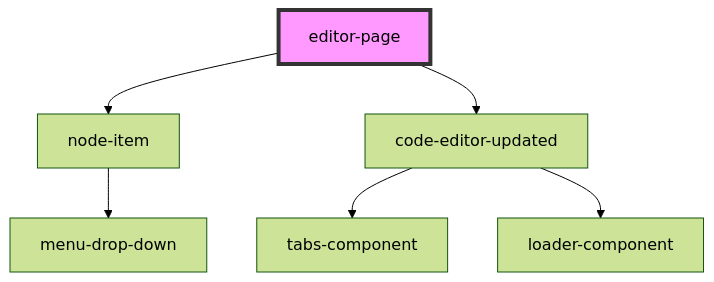
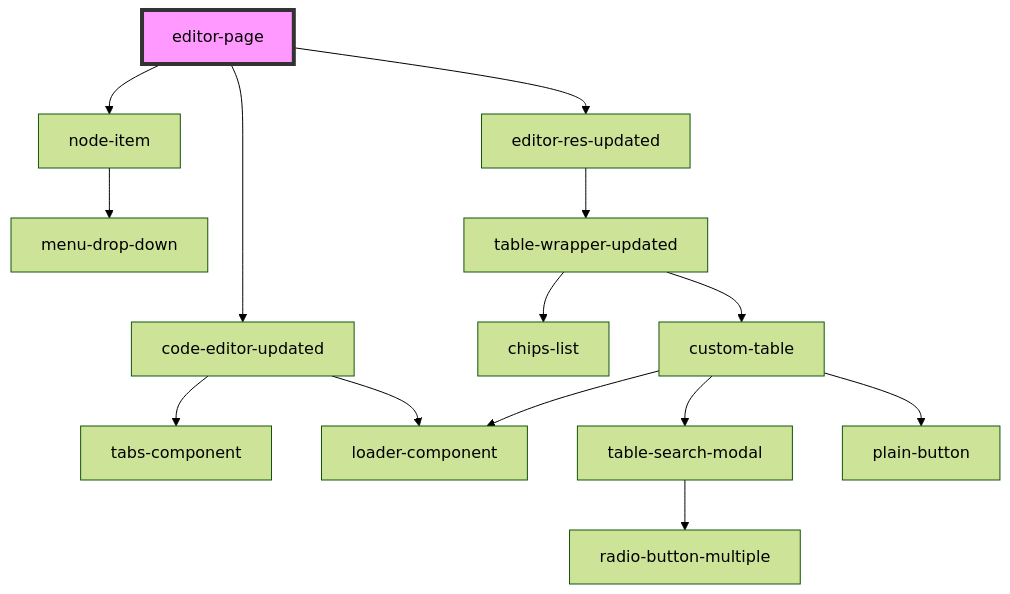
Before and after one commit to techvariable/NeptuneConnectComponents: the diagram in src/components/editor-page/readme.md, drawn with Mermaid (forest theme). The commit also changed other lines of this file and 5 other files, not shown here.

````diff
--- a/src/components/editor-page/readme.md
+++ b/src/components/editor-page/readme.md
@@ -24,9 +24,17 @@
 ```mermaid
 graph TD;
   editor-page --> node-item
   editor-page --> code-editor-updated
+  editor-page --> editor-res-updated
   node-item --> menu-drop-down
   code-editor-updated --> tabs-component
   code-editor-updated --> loader-component
+  editor-res-updated --> table-wrapper-updated
+  table-wrapper-updated --> chips-list
+  table-wrapper-updated --> custom-table
+  custom-table --> table-search-modal
+  custom-table --> loader-component
+  custom-table --> plain-button
+  table-search-modal --> radio-button-multiple
   style editor-page fill:#f9f,stroke:#333,stroke-width:4px
 ```
````
